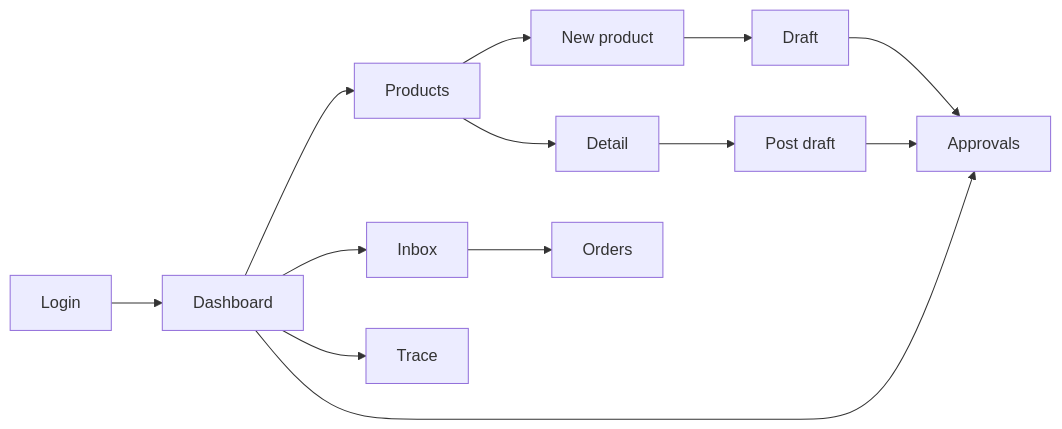
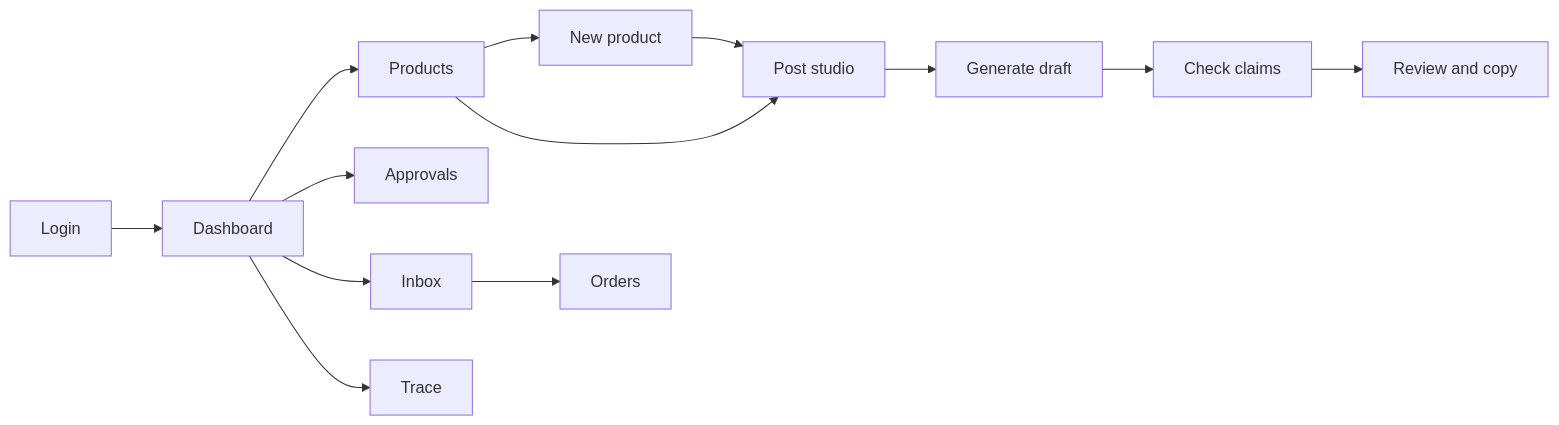
One commit to ABHIRAM-DEVP/Bizsaathi changed the diagram in docs/03-ui.md. Above: the diagram before and after it, drawn with Mermaid. The commit also changed other lines of this file and 120 other files, not shown here.

````diff
--- a/docs/03-ui.md
+++ b/docs/03-ui.md
@@ -30,9 +41,11 @@
 ```mermaid
 flowchart LR
   Login --> Dashboard
-  Dashboard --> Products --> New[New product] --> Draft --> Approvals
-  Products --> Detail --> Post[Post draft] --> Approvals
+  Dashboard --> Products
+  Products --> New[New product] --> Post[Post studio]
+  Products --> Post
+  Post --> Generate[Generate draft] --> Check[Check claims] --> Review[Review and copy]
   Dashboard --> Approvals
   Dashboard --> Inbox --> Orders
   Dashboard --> Trace
 ```
````
